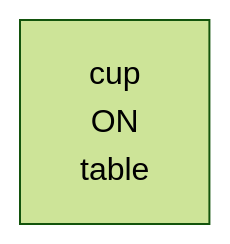
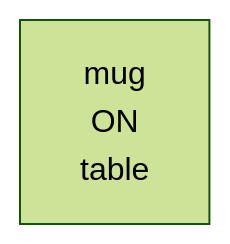
One commit to scuama/virtualhome changed the first of 3 diagrams in evaluation/results/table3/robostate/runs/without_parameter_binding/G2_07/run_T3_without_parameter_binding_G2_07.md. Above: the diagram before and after it, drawn with Mermaid (forest theme). The commit also changed other lines of this file and 507 other files, not shown here.

````diff
--- a/evaluation/results/table3/robostate/runs/without_parameter_binding/G2_07/run_T3_without_parameter_binding_G2_07.md
+++ b/evaluation/results/table3/robostate/runs/without_parameter_binding/G2_07/run_T3_without_parameter_binding_G2_07.md
@@ -72,4 +72,4 @@
 ```mermaid
 graph TD
-    N1["cup<br>ON<br>table"]
+    N1["mug<br>ON<br>table"]
 ```
````
